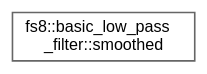
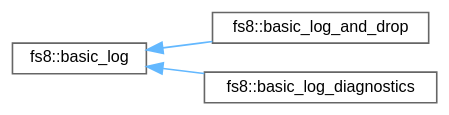
The diagram in api/inherit_graph_39.dot (the-moisrex/foresight), drawn with Graphviz before and after one commit. The commit also changed 268 other files, not shown here.

```diff
--- a/api/inherit_graph_39.dot
+++ b/api/inherit_graph_39.dot
@@ -1,9 +1,13 @@
 digraph "Graphical Class Hierarchy"
 {
  // LATEX_PDF_SIZE
   bgcolor="transparent";
   edge [fontname=Helvetica,fontsize=10,labelfontname=Helvetica,labelfontsize=10];
   node [fontname=Helvetica,fontsize=10,shape=box,height=0.2,width=0.4];
   rankdir="LR";
-  Node0 [id="Node000000",label="fs8::basic_low_pass\l_filter::smoothed",height=0.2,width=0.4,color="grey40", fillcolor="white", style="filled",URL="$structfs8_1_1basic__low__pass__filter_1_1smoothed.html",tooltip=" "];
+  Node0 [id="Node000000",label="fs8::basic_log",height=0.2,width=0.4,color="grey40", fillcolor="white", style="filled",URL="$structfs8_1_1basic__log.html",tooltip=" "];
+  Node0 -> Node1 [id="edge3_Node000000_Node000001",dir="back",color="steelblue1",style="solid",tooltip=" "];
+  Node1 [id="Node000001",label="fs8::basic_log_and_drop",height=0.2,width=0.4,color="grey40", fillcolor="white", style="filled",URL="$structfs8_1_1basic__log__and__drop.html",tooltip="Drop-and-log callback: logs the event and returns drop_event."];
+  Node0 -> Node2 [id="edge4_Node000000_Node000002",dir="back",color="steelblue1",style="solid",tooltip=" "];
+  Node2 [id="Node000002",label="fs8::basic_log_diagnostics",height=0.2,width=0.4,color="grey40", fillcolor="white", style="filled",URL="$structfs8_1_1basic__log__diagnostics.html",tooltip=" "];
 }
```
